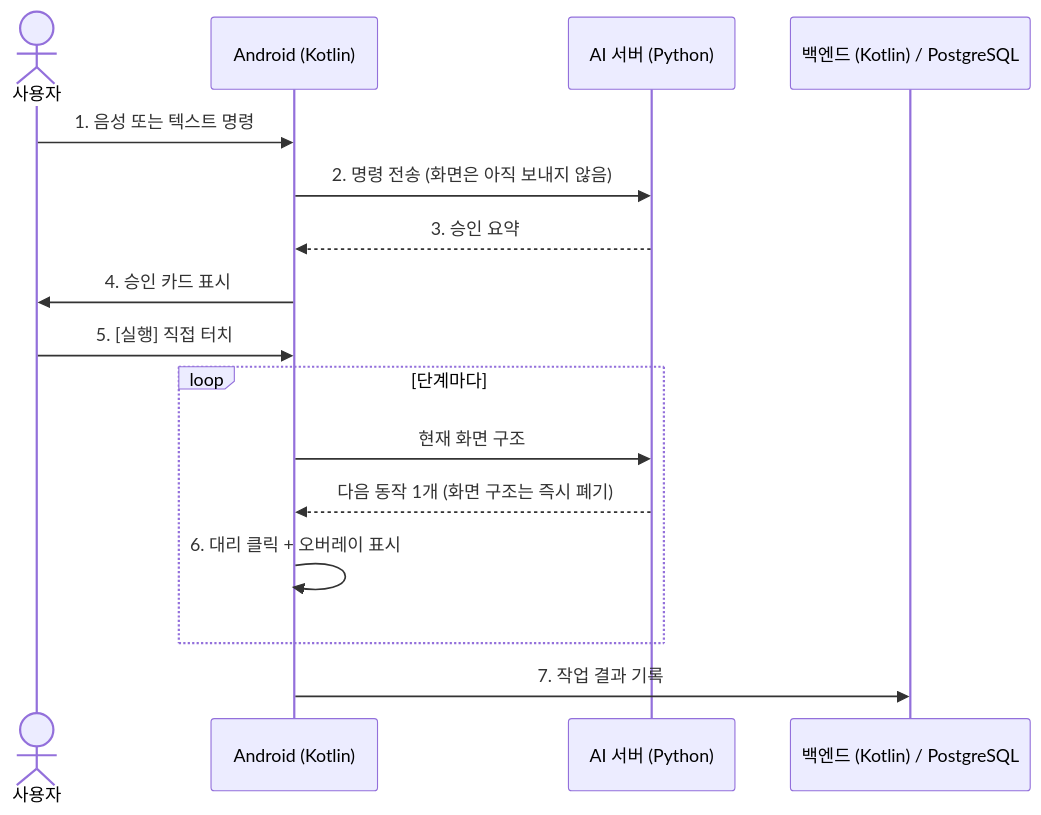
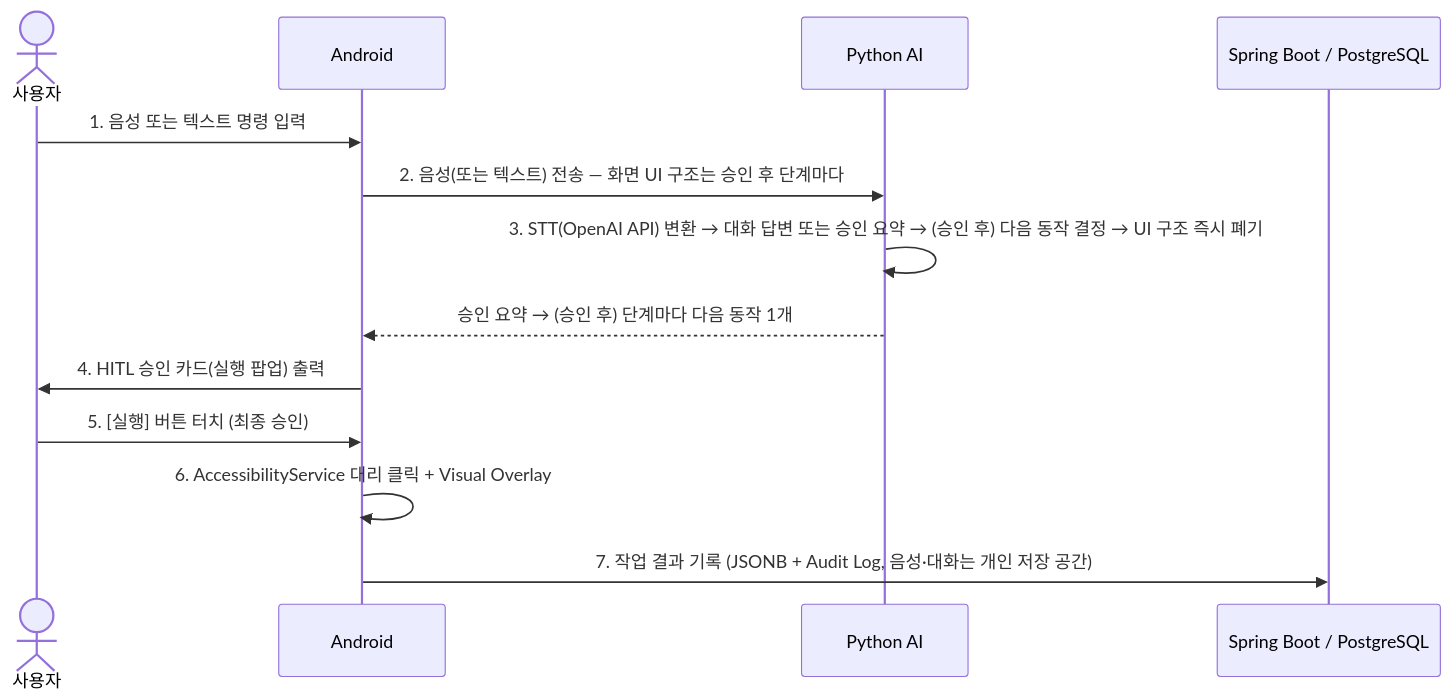
The diagram in study/my_site/aven/docs/tech/TECH_STACK.md (pullcoder/pullcoder.github.io), drawn with Mermaid before and after one commit. The commit also changed other lines of this file and 18 other files, not shown here.

````diff
--- a/study/my_site/aven/docs/tech/TECH_STACK.md
+++ b/study/my_site/aven/docs/tech/TECH_STACK.md
@@ -196,19 +105,16 @@
 ```mermaid
 sequenceDiagram
     actor U as 사용자
-    participant A as Android (Kotlin)
-    participant P as AI 서버 (Python)
-    participant B as 백엔드 (Kotlin) / PostgreSQL
+    participant A as Android
+    participant P as Python AI
+    participant B as Spring Boot / PostgreSQL
 
-    U->>A: 1. 음성 또는 텍스트 명령
-    A->>P: 2. 명령 전송 (화면은 아직 보내지 않음)
-    P-->>A: 3. 승인 요약
-    A->>U: 4. 승인 카드 표시
-    U->>A: 5. [실행] 직접 터치
-    loop 단계마다
-        A->>P: 현재 화면 구조
-        P-->>A: 다음 동작 1개 (화면 구조는 즉시 폐기)
-        A->>A: 6. 대리 클릭 + 오버레이 표시
-    end
-    A->>B: 7. 작업 결과 기록
+    U->>A: 1. 음성 또는 텍스트 명령 입력
+    A->>P: 2. 음성(또는 텍스트) 전송 — 화면 UI 구조는 승인 후 단계마다
+    P->>P: 3. STT(OpenAI API) 변환 → 대화 답변 또는 승인 요약 → (승인 후) 다음 동작 결정 → UI 구조 즉시 폐기
+    P-->>A: 승인 요약 → (승인 후) 단계마다 다음 동작 1개
+    A->>U: 4. HITL 승인 카드(실행 팝업) 출력
+    U->>A: 5. [실행] 버튼 터치 (최종 승인)
+    A->>A: 6. AccessibilityService 대리 클릭 + Visual Overlay
+    A->>B: 7. 작업 결과 기록 (JSONB + Audit Log, 음성·대화는 개인 저장 공간)
 ```
````
